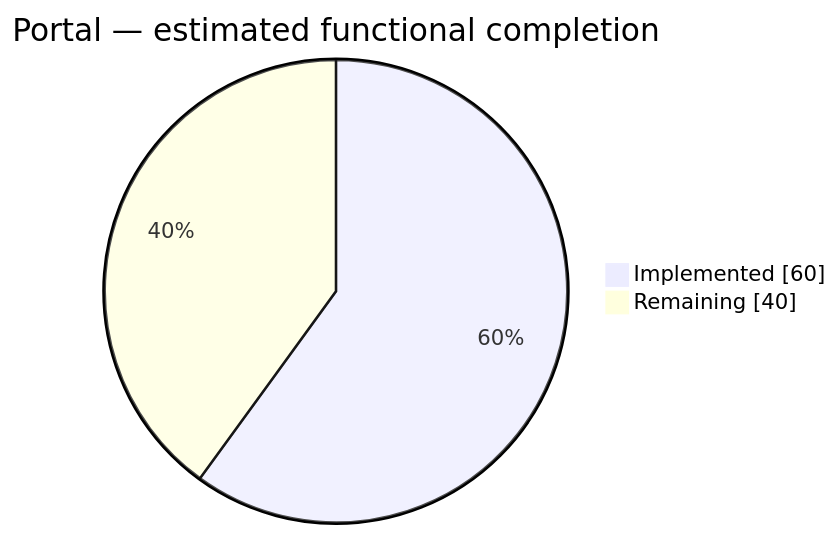
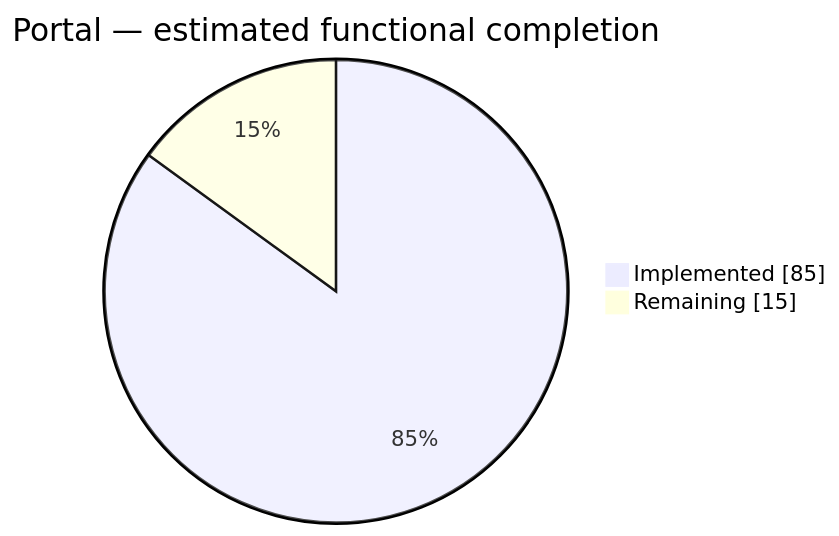
The second of 3 diagrams in docs/strategy/NEXORA_PROGRESS_REPORT.md (RamishSadiq/Nexora), drawn with Mermaid before and after one commit. The commit also changed other lines of this file and 91 other files, not shown here.

````diff
--- a/docs/strategy/NEXORA_PROGRESS_REPORT.md
+++ b/docs/strategy/NEXORA_PROGRESS_REPORT.md
@@ -33,6 +35,6 @@
 ```mermaid
 pie showData
     title Portal — estimated functional completion
-    "Implemented" : 60
-    "Remaining" : 40
+    "Implemented" : 85
+    "Remaining" : 15
 ```
````
